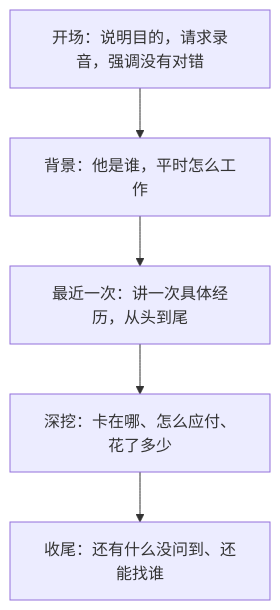
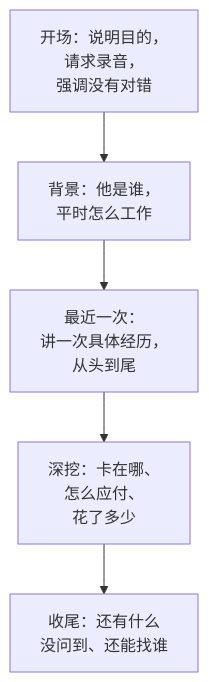
One commit to jarvis-pro/hatch-shelf changed the first of 2 diagrams in books/product-thinking/02-user-interviews.md. Above: the diagram before and after it, drawn with Mermaid. The commit also changed other lines of this file and 432 other files, not shown here.

````diff
--- a/books/product-thinking/02-user-interviews.md
+++ b/books/product-thinking/02-user-interviews.md
@@ -60,7 +60,7 @@
 ```mermaid
 flowchart TD
-  A["开场：说明目的，请求录音，强调没有对错"] --> B["背景：他是谁，平时怎么工作"]
-  B --> C["最近一次：讲一次具体经历，从头到尾"]
-  C --> D["深挖：卡在哪、怎么应付、花了多少"]
-  D --> E["收尾：还有什么没问到、还能找谁"]
+  A["开场：说明目的，<br/>请求录音，<br/>强调没有对错"] --> B["背景：他是谁，<br/>平时怎么工作"]
+  B --> C["最近一次：<br/>讲一次具体经历，<br/>从头到尾"]
+  C --> D["深挖：卡在哪、<br/>怎么应付、<br/>花了多少"]
+  D --> E["收尾：还有什么<br/>没问到、还能找谁"]
 ```
````
